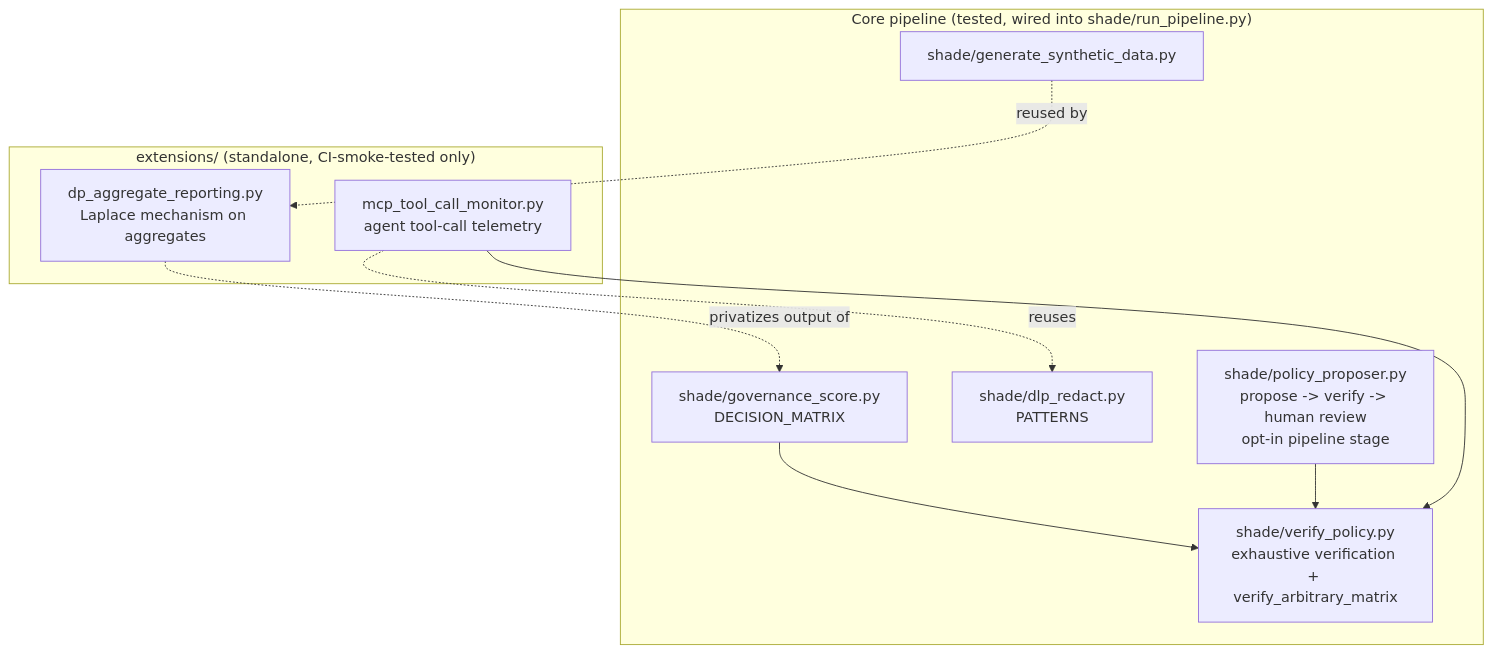
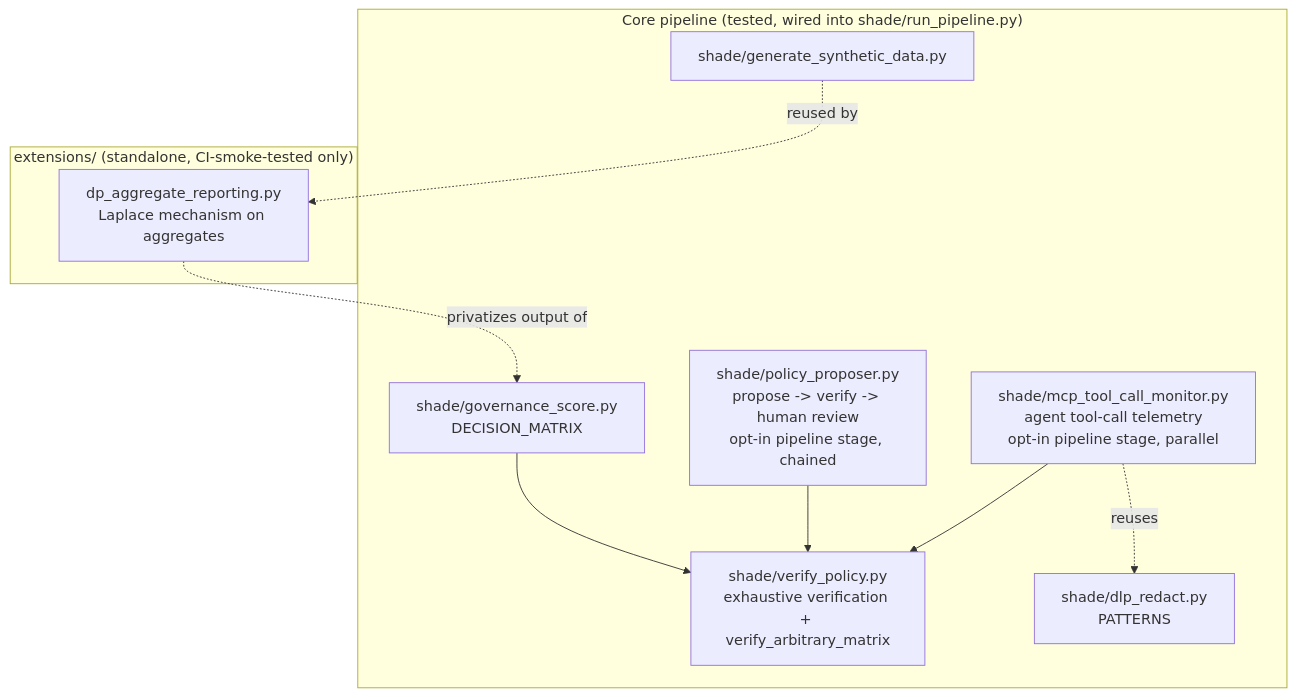
The diagram in docs/extensions.md (Zartharas/SHADE), drawn with Mermaid before and after one commit. The commit also changed other lines of this file and 8 other files, not shown here.

````diff
--- a/docs/extensions.md
+++ b/docs/extensions.md
@@ -27,18 +33,18 @@
 ```mermaid
 flowchart TB
     subgraph core["Core pipeline (tested, wired into shade/run_pipeline.py)"]
         GS[shade/governance_score.py<br/>DECISION_MATRIX] --> VP[shade/verify_policy.py<br/>exhaustive verification + verify_arbitrary_matrix]
         DR[shade/dlp_redact.py<br/>PATTERNS]
         GEN[shade/generate_synthetic_data.py]
-        PP[shade/policy_proposer.py<br/>propose -> verify -> human review<br/>opt-in pipeline stage]
+        PP[shade/policy_proposer.py<br/>propose -> verify -> human review<br/>opt-in pipeline stage, chained]
+        MCP[shade/mcp_tool_call_monitor.py<br/>agent tool-call telemetry<br/>opt-in pipeline stage, parallel]
     end
     subgraph ext["extensions/ (standalone, CI-smoke-tested only)"]
-        MCP[mcp_tool_call_monitor.py<br/>agent tool-call telemetry]
         DP[dp_aggregate_reporting.py<br/>Laplace mechanism on aggregates]
     end
     PP --> VP
     MCP --> VP
     MCP -.reuses.-> DR
     DP -.privatizes output of.-> GS
     GEN -.reused by.-> DP
 ```
````
